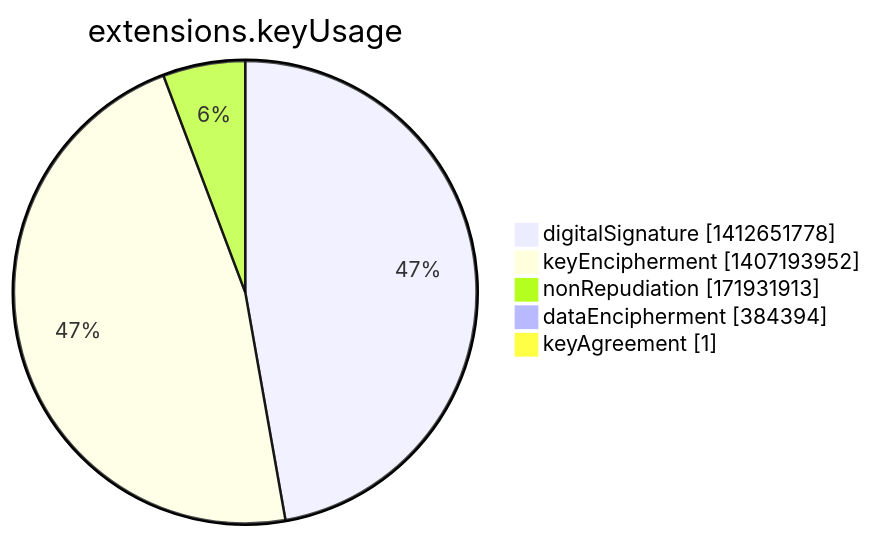
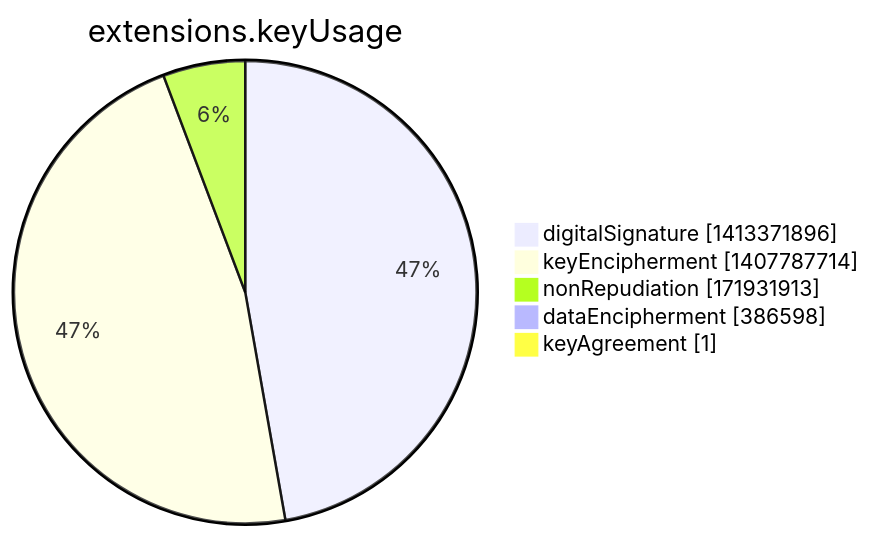
The seventh of 15 diagrams in argon2022/README.md (christiankrug/ctmonitor_visualization), drawn with Mermaid before and after one commit. The commit also changed other lines of this file, not shown here.

````diff
--- a/argon2022/README.md
+++ b/argon2022/README.md
@@ -2751,9 +2751,9 @@
 ```mermaid
 pie showData
 title extensions.keyUsage
-"digitalSignature" :1412651778
-"keyEncipherment" :1407193952
+"digitalSignature" :1413371896
+"keyEncipherment" :1407787714
 "nonRepudiation" :171931913
-"dataEncipherment" :384394
+"dataEncipherment" :386598
 "keyAgreement" :1
 ```
````
